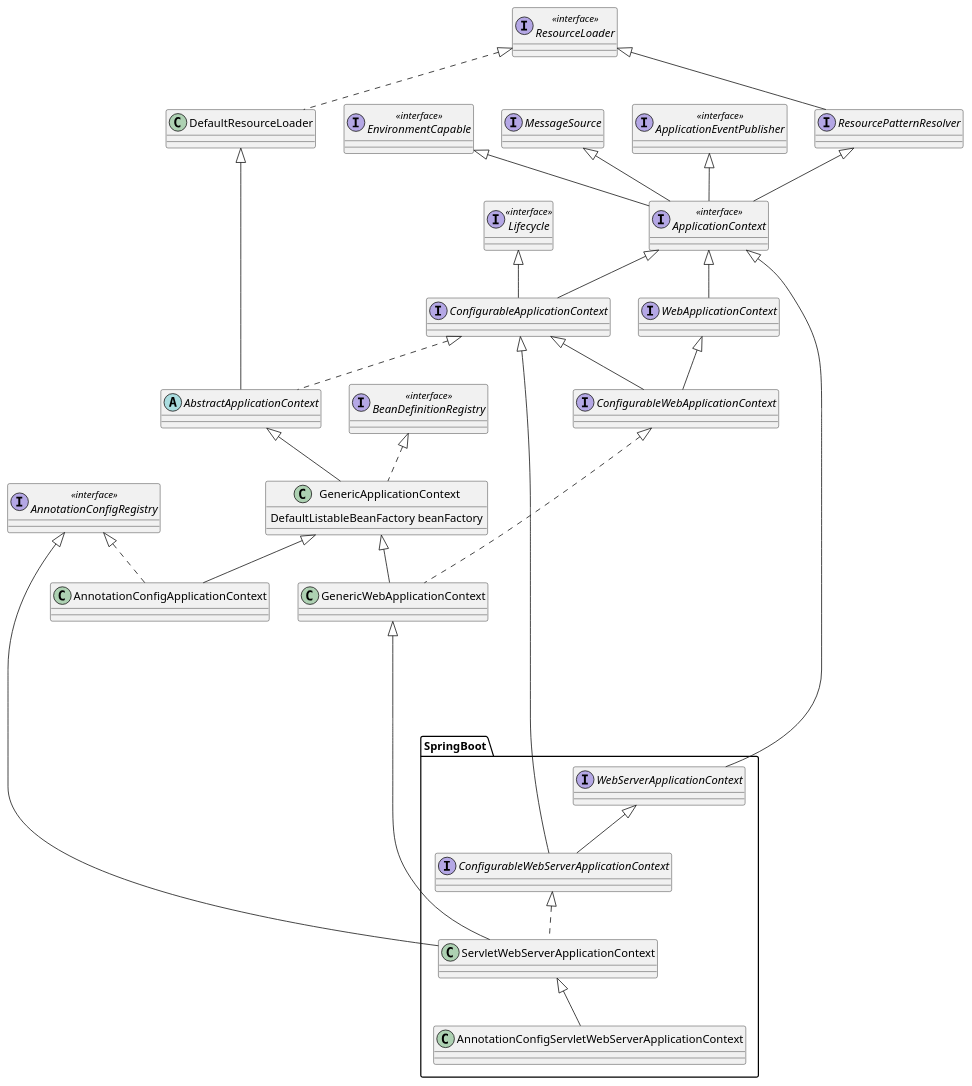
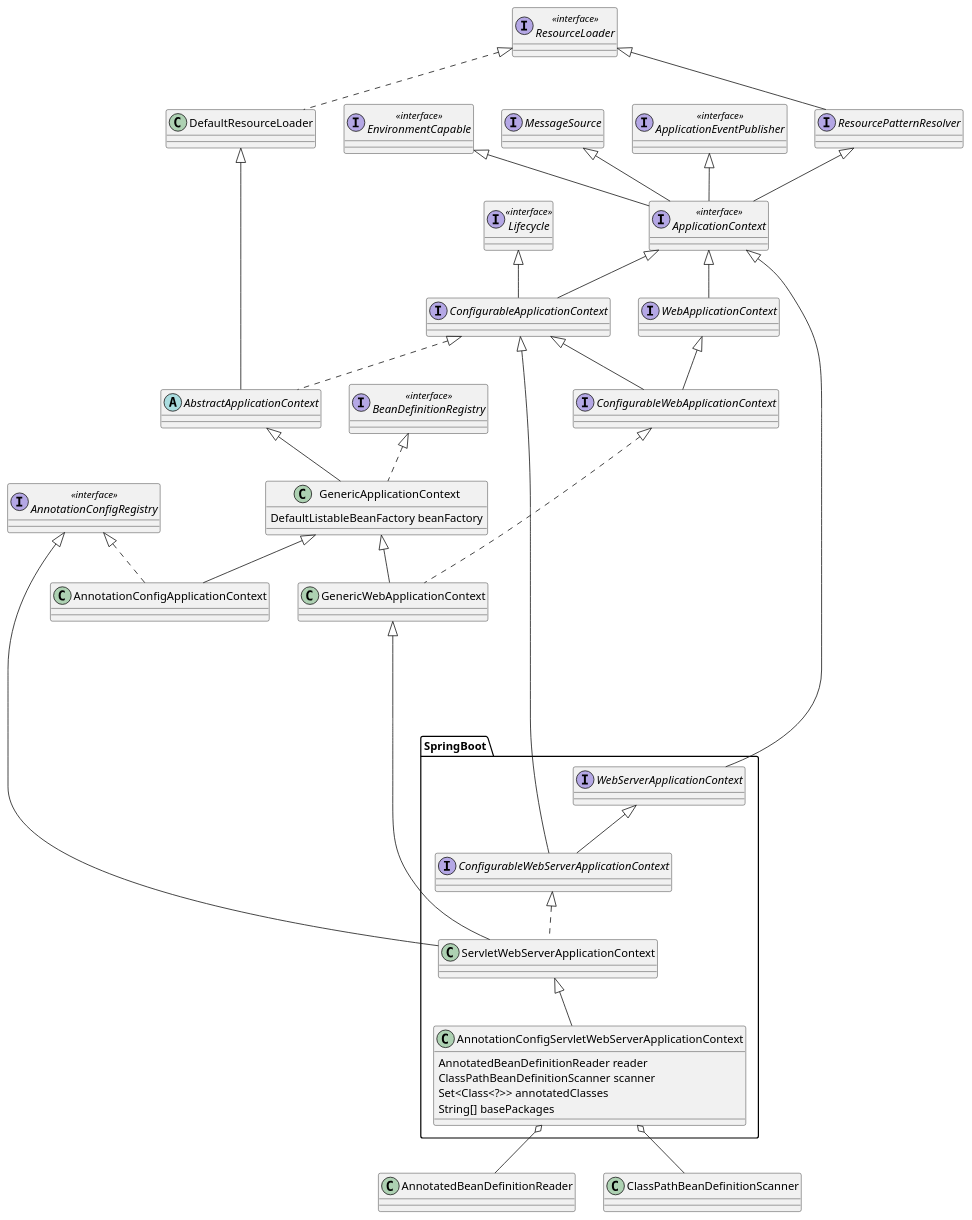
The eighth of 14 diagrams in content/post/java/spring/spring-core-container/index.md (kevinwang930/kevinwang930.github.io), drawn with PlantUML before and after one commit. The commit also changed 6 other files, not shown here.

````diff
--- a/content/post/java/spring/spring-core-container/index.md
+++ b/content/post/java/spring/spring-core-container/index.md
@@ -281,56 +281,68 @@
 ```plantuml
 @startuml
 
 
 
 
 
 
 interface AnnotationConfigRegistry << interface >>
 interface ApplicationContext << interface >>
 interface ApplicationEventPublisher << interface >>
 interface BeanDefinitionRegistry << interface >>
 
 interface ConfigurableApplicationContext extends ApplicationContext, Lifecycle
 interface ConfigurableWebApplicationContext extends WebApplicationContext, ConfigurableApplicationContext
 
 abstract class AbstractApplicationContext extends DefaultResourceLoader implements ConfigurableApplicationContext
 class DefaultResourceLoader implements ResourceLoader
 interface EnvironmentCapable << interface >>
 class GenericApplicationContext extends AbstractApplicationContext implements BeanDefinitionRegistry {
     DefaultListableBeanFactory beanFactory
 }
 
 
 
 class GenericWebApplicationContext extends GenericApplicationContext implements ConfigurableWebApplicationContext
 interface Lifecycle << interface >>
 interface ResourceLoader << interface >>
 interface ResourcePatternResolver extends ResourceLoader
 
 
 
 
 
 
 interface ApplicationContext extends EnvironmentCapable,MessageSource, ApplicationEventPublisher, ResourcePatternResolver
 
 interface WebApplicationContext  extends ApplicationContext
 class AnnotationConfigApplicationContext extends GenericApplicationContext implements AnnotationConfigRegistry
 
+
+class AnnotatedBeanDefinitionReader
+class ClassPathBeanDefinitionScanner 
+
 package SpringBoot {
     
     interface WebServerApplicationContext 
     interface ConfigurableWebServerApplicationContext extends  WebServerApplicationContext
 
     class ServletWebServerApplicationContext implements ConfigurableWebServerApplicationContext
-    class AnnotationConfigServletWebServerApplicationContext extends ServletWebServerApplicationContext 
+    class AnnotationConfigServletWebServerApplicationContext extends ServletWebServerApplicationContext {
+        AnnotatedBeanDefinitionReader reader
+        ClassPathBeanDefinitionScanner scanner
+        Set<Class<?>> annotatedClasses
+        String[] basePackages
+    }
 }
   
 ApplicationContext <|-------- WebServerApplicationContext
 GenericWebApplicationContext <|-- ServletWebServerApplicationContext
 ConfigurableApplicationContext <|-- ConfigurableWebServerApplicationContext
 AnnotationConfigRegistry <|-- ServletWebServerApplicationContext
+AnnotationConfigServletWebServerApplicationContext o-- ClassPathBeanDefinitionScanner
+AnnotationConfigServletWebServerApplicationContext o-- AnnotatedBeanDefinitionReader
+
 @enduml
 
 ```
````
